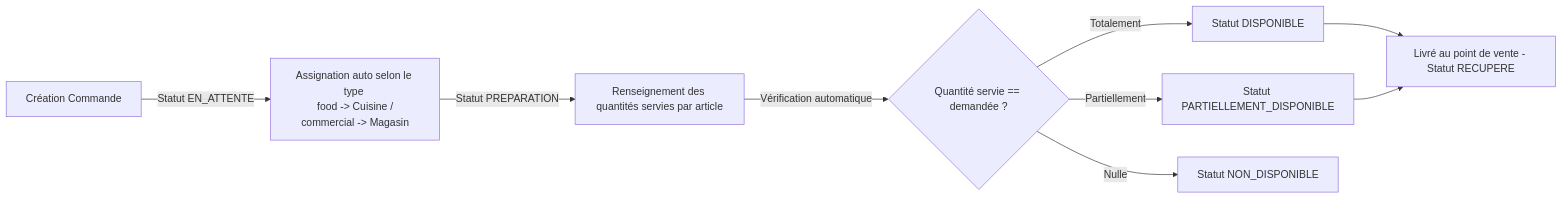
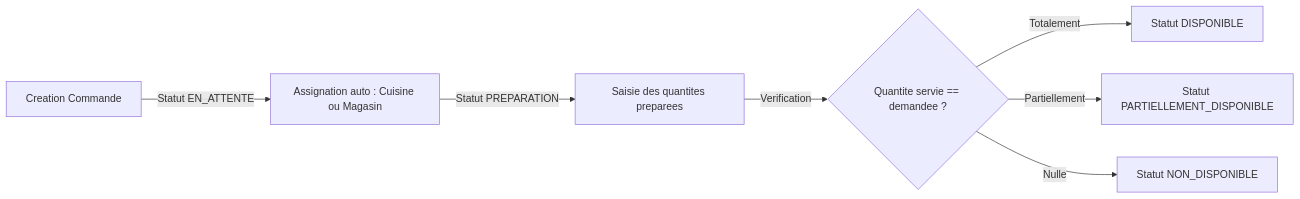
Before and after one commit to Xoner1/AeroServe: the fifth of 6 diagrams in docs/RAPPORT_TECHNIQUE.md, drawn with Mermaid. The commit also changed other lines of this file and 46 other files, not shown here.

````diff
--- a/docs/RAPPORT_TECHNIQUE.md
+++ b/docs/RAPPORT_TECHNIQUE.md
@@ -492,12 +392,10 @@
 ```mermaid
 flowchart LR
-  Draft[Création Commande] -->|Statut EN_ATTENTE| Assigned[Assignation auto selon le type <br/> food -> Cuisine / commercial -> Magasin]
-  Assigned -->|Statut PREPARATION| Fulfilling[Renseignement des quantités servies par article]
-  Fulfilling -->|Vérification automatique| CheckQty{Quantité servie == demandée ?}
+  Draft[Creation Commande] -->|Statut EN_ATTENTE| Assigned[Assignation auto : Cuisine ou Magasin]
+  Assigned -->|Statut PREPARATION| Fulfilling[Saisie des quantites preparees]
+  Fulfilling -->|Verification| CheckQty{Quantite servie == demandee ?}
   
   CheckQty -->|Totalement| Done[Statut DISPONIBLE]
   CheckQty -->|Partiellement| Partial[Statut PARTIELLEMENT_DISPONIBLE]
   CheckQty -->|Nulle| Empty[Statut NON_DISPONIBLE]
-  
-  Done & Partial --> Received[Livré au point de vente - Statut RECUPERE]
 ```
````
